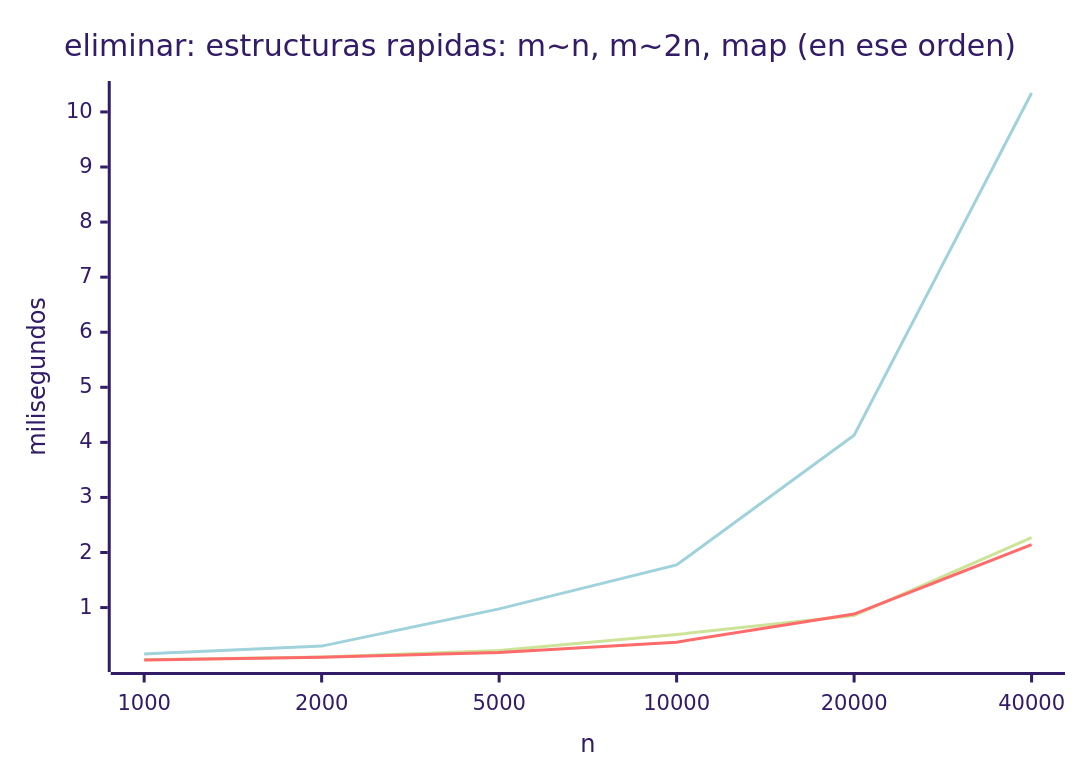
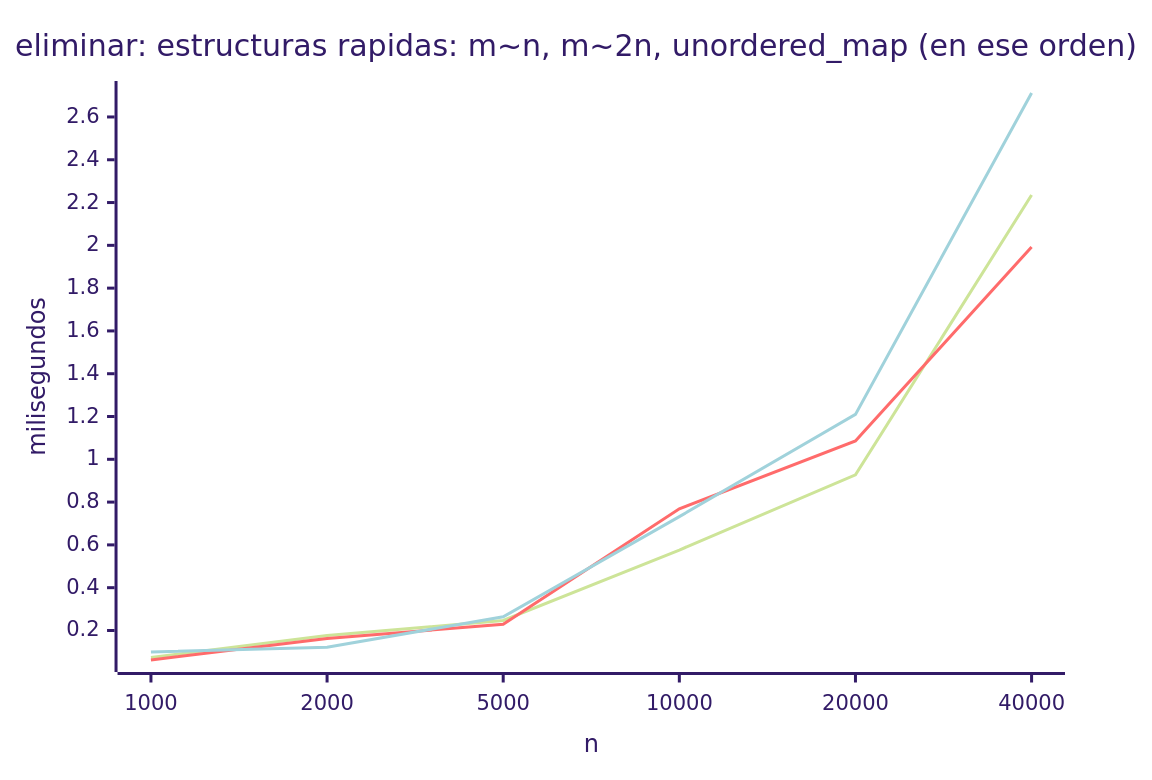
The fourth of 4 diagrams in docs/informe-final.md (JuanManuelParedes/estr-2026-2-proyecto), drawn with Mermaid (forest theme) before and after one commit. The commit also changed other lines of this file and 4 other files, not shown here.

Commit message:
Referencia cambiada a unordered_map: envoltorio, mediciones, informe y bitacora

````diff
--- a/docs/informe-final.md
+++ b/docs/informe-final.md
@@ -536,9 +539,9 @@
 ```mermaid
 xychart-beta
-  title "eliminar: estructuras rapidas: m~n, m~2n, map (en ese orden)"
+  title "eliminar: estructuras rapidas: m~n, m~2n, unordered_map (en ese orden)"
   x-axis "n" [1000, 2000, 5000, 10000, 20000, 40000]
   y-axis "milisegundos"
-  line [0.051, 0.103, 0.219, 0.511, 0.857, 2.269]
-  line [0.048, 0.100, 0.185, 0.372, 0.882, 2.143]
-  line [0.159, 0.300, 0.976, 1.774, 4.129, 10.344]
+  line [0.074, 0.176, 0.247, 0.576, 0.927, 2.235]
+  line [0.062, 0.163, 0.229, 0.769, 1.086, 1.992]
+  line [0.099, 0.122, 0.264, 0.732, 1.210, 2.712]
 ```
````
